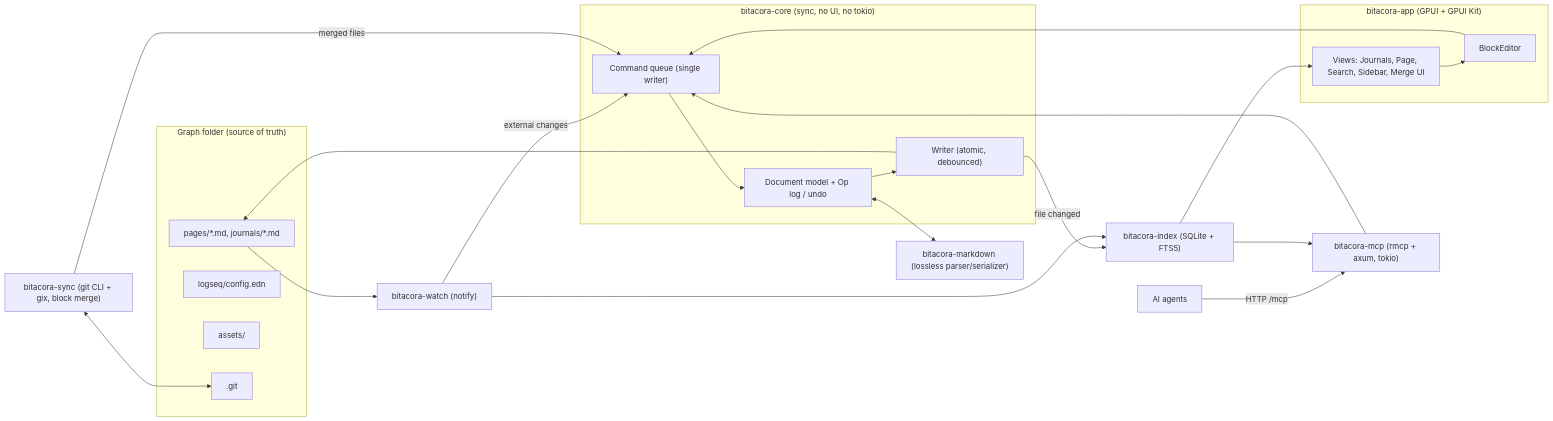
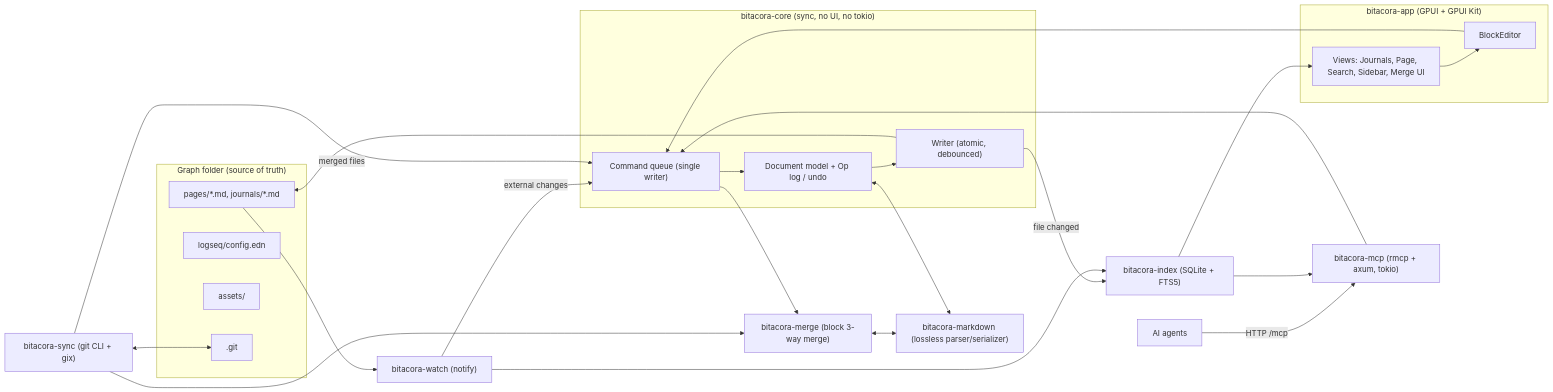
Before and after one commit to digiogithub/bitacora: the diagram in docs/architecture.md, drawn with Mermaid. The commit also changed other lines of this file and 77 other files, not shown here.

First line of the commit message:
docs: record git backend, fixture, merge-crate decisions and update backlog

````diff
--- a/docs/architecture.md
+++ b/docs/architecture.md
@@ -44,41 +44,45 @@
 ```mermaid
 flowchart LR
   subgraph Disk["Graph folder (source of truth)"]
     MD["pages/*.md, journals/*.md"]
     CFG["logseq/config.edn"]
     AS["assets/"]
     GIT[".git"]
   end
 
   subgraph App["bitacora-app (GPUI + GPUI Kit)"]
     UI["Views: Journals, Page, Search, Sidebar, Merge UI"]
     BE["BlockEditor"]
   end
 
   subgraph Core["bitacora-core (sync, no UI, no tokio)"]
     CQ["Command queue (single writer)"]
     DOC["Document model + Op log / undo"]
     WR["Writer (atomic, debounced)"]
   end
 
   MDP["bitacora-markdown (lossless parser/serializer)"]
   IDX["bitacora-index (SQLite + FTS5)"]
   W["bitacora-watch (notify)"]
-  SYNC["bitacora-sync (git CLI + gix, block merge)"]
+  SYNC["bitacora-sync (git CLI + gix)"]
+  MRG["bitacora-merge (block 3-way merge)"]
   MCP["bitacora-mcp (rmcp + axum, tokio)"]
   AG["AI agents"]
 
   UI --> BE --> CQ
   MCP --> CQ
   AG -- "HTTP /mcp" --> MCP
   CQ --> DOC --> WR --> MD
   DOC <--> MDP
   W -- "external changes" --> CQ
   MD --> W
   WR -- "file changed" --> IDX
   W --> IDX
   IDX --> UI
   IDX --> MCP
   SYNC <--> GIT
   SYNC -- "merged files" --> CQ
+  SYNC --> MRG
+  CQ --> MRG
+  MRG <--> MDP
 ```
````
